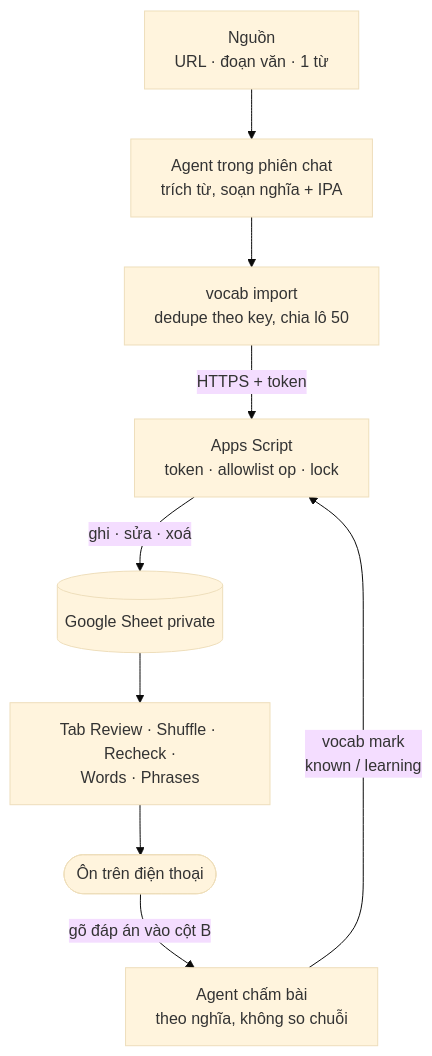
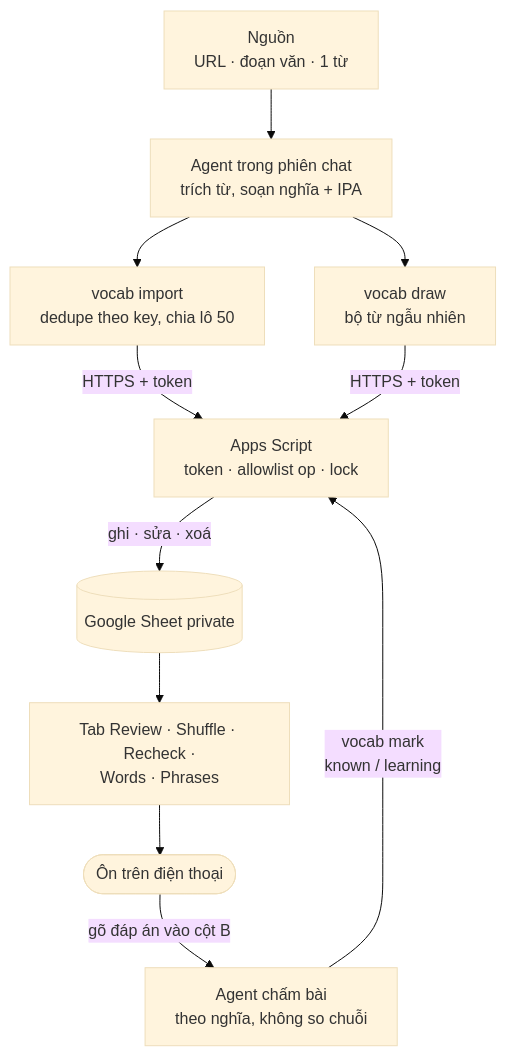
The diagram in README.md (nkvuphuong/vocab-cli), drawn with Mermaid (base theme) before and after one commit. The commit also changed other lines of this file and 12 other files, not shown here.

````diff
--- a/README.md
+++ b/README.md
@@ -29,11 +27,13 @@
 ```mermaid
 flowchart TD
     src["Nguồn<br/>URL · đoạn văn · 1 từ"] --> agent["Agent trong phiên chat<br/>trích từ, soạn nghĩa + IPA"]
     agent --> cli["vocab import<br/>dedupe theo key, chia lô 50"]
+    agent --> draw["vocab draw<br/>bộ từ ngẫu nhiên"]
     cli -->|"HTTPS + token"| gas["Apps Script<br/>token · allowlist op · lock"]
+    draw -->|"HTTPS + token"| gas
     gas -->|"ghi · sửa · xoá"| sheet[("Google Sheet private")]
     sheet --> tabs["Tab Review · Shuffle · Recheck ·<br/>Words · Phrases"]
     tabs --> you(["Ôn trên điện thoại"])
     you -->|"gõ đáp án vào cột B"| grade["Agent chấm bài<br/>theo nghĩa, không so chuỗi"]
     grade -->|"vocab mark<br/>known / learning"| gas
 ```
````
